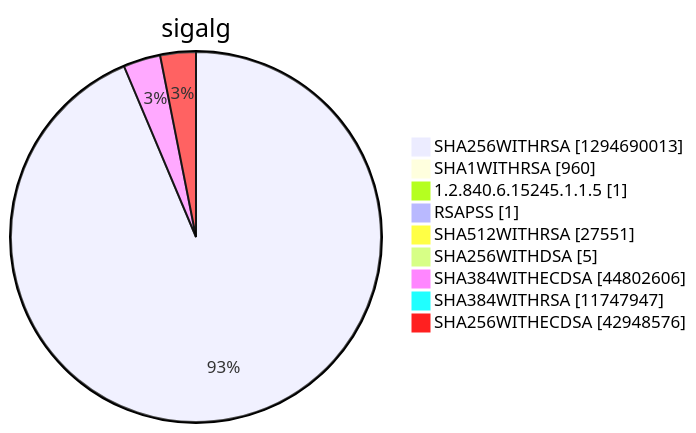
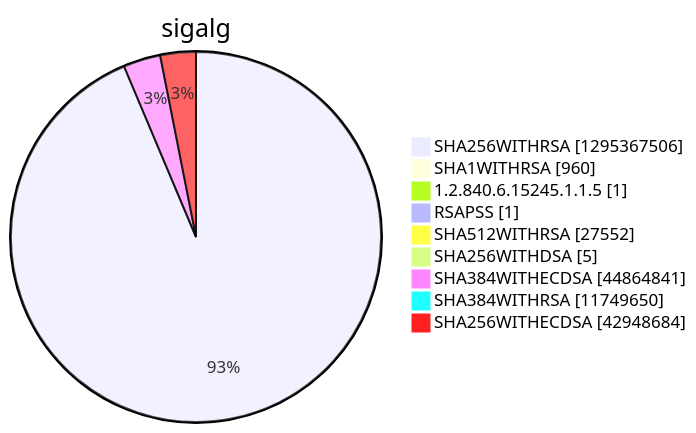
Before and after one commit to christiankrug/ctmonitor_visualization: diagram 15 of 15 in argon2022/README.md, drawn with Mermaid. The commit also changed other lines of this file, not shown here.

````diff
--- a/argon2022/README.md
+++ b/argon2022/README.md
@@ -5523,13 +5523,13 @@
 ```mermaid
 pie showData
 title sigalg
-"SHA256WITHRSA" :1294690013
+"SHA256WITHRSA" :1295367506
 "SHA1WITHRSA" :960
 "1.2.840.6.15245.1.1.5" :1
 "RSAPSS" :1
-"SHA512WITHRSA" :27551
+"SHA512WITHRSA" :27552
 "SHA256WITHDSA" :5
-"SHA384WITHECDSA" :44802606
-"SHA384WITHRSA" :11747947
-"SHA256WITHECDSA" :42948576
+"SHA384WITHECDSA" :44864841
+"SHA384WITHRSA" :11749650
+"SHA256WITHECDSA" :42948684
 ```
````
